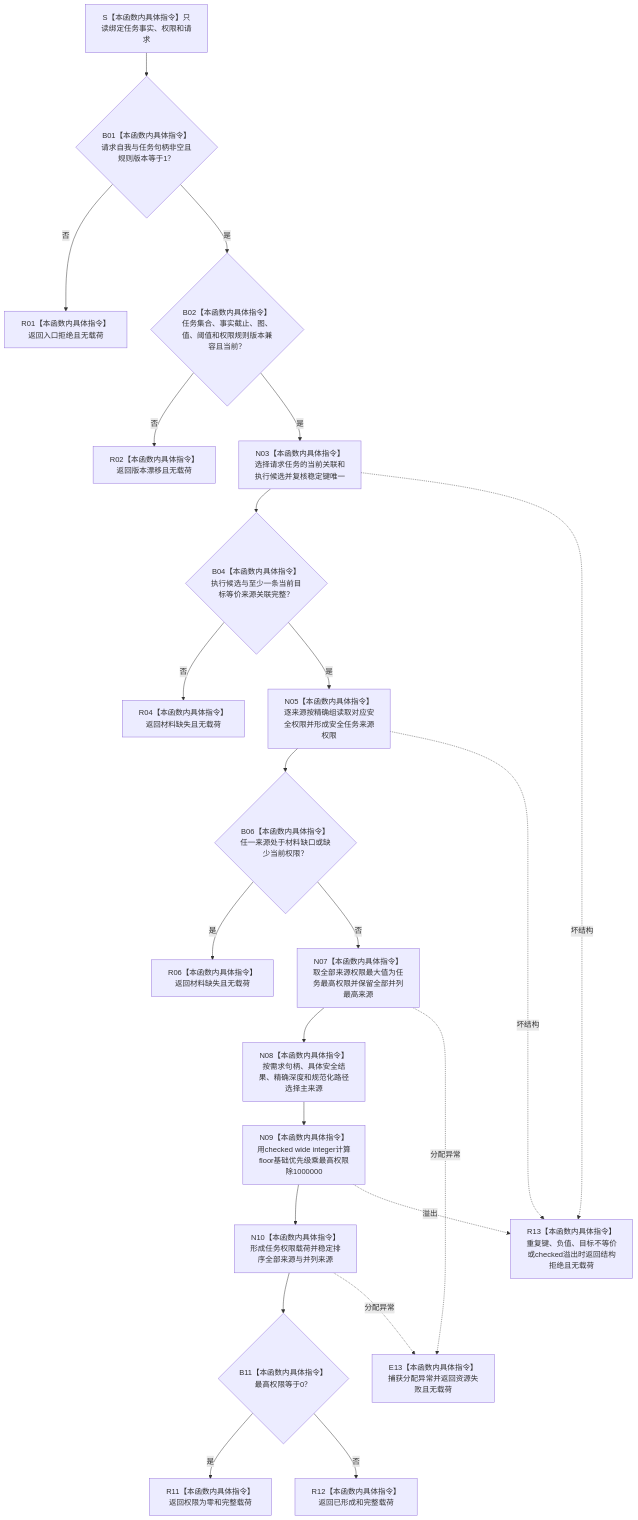
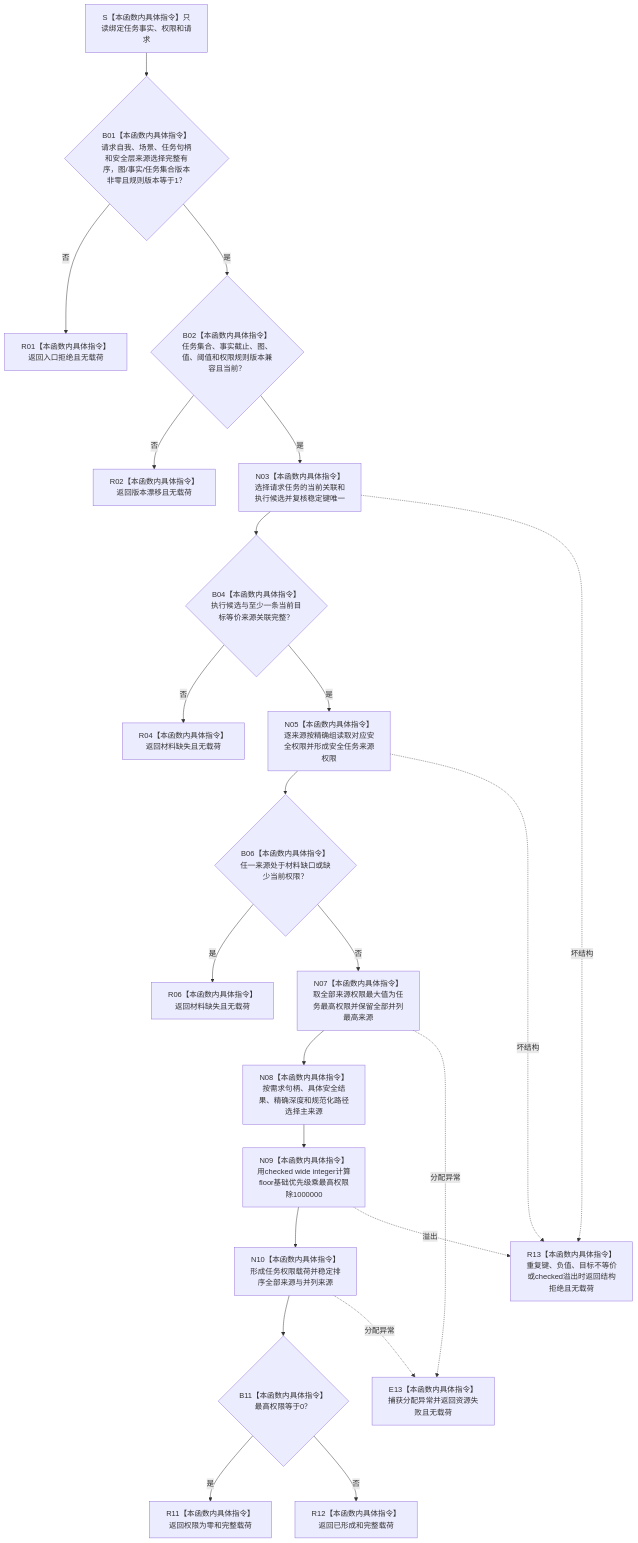
One commit to chunhaizh-cyber/HY-Ego changed the diagram in 流程图/20260729_SAFETY-P1_F-S105_计算单任务安全权限单函数施工流程图_v0.1.md. Above: the diagram before and after it, drawn with Mermaid. The commit also changed other lines of this file and 15 other files, not shown here.

````diff
--- a/流程图/20260729_SAFETY-P1_F-S105_计算单任务安全权限单函数施工流程图_v0.1.md
+++ b/流程图/20260729_SAFETY-P1_F-S105_计算单任务安全权限单函数施工流程图_v0.1.md
@@ -24,40 +24,40 @@
 ```mermaid
 flowchart TD
     S["S【本函数内具体指令】只读绑定任务事实、权限和请求"]
-    B01{"B01【本函数内具体指令】请求自我与任务句柄非空且规则版本等于1？"}
+    B01{"B01【本函数内具体指令】请求自我、场景、任务句柄和安全层来源选择完整有序，图/事实/任务集合版本非零且规则版本等于1？"}
     R01["R01【本函数内具体指令】返回入口拒绝且无载荷"]
     B02{"B02【本函数内具体指令】任务集合、事实截止、图、值、阈值和权限规则版本兼容且当前？"}
     R02["R02【本函数内具体指令】返回版本漂移且无载荷"]
     N03["N03【本函数内具体指令】选择请求任务的当前关联和执行候选并复核稳定键唯一"]
     B04{"B04【本函数内具体指令】执行候选与至少一条当前目标等价来源关联完整？"}
     R04["R04【本函数内具体指令】返回材料缺失且无载荷"]
     N05["N05【本函数内具体指令】逐来源按精确组读取对应安全权限并形成安全任务来源权限"]
     B06{"B06【本函数内具体指令】任一来源处于材料缺口或缺少当前权限？"}
     R06["R06【本函数内具体指令】返回材料缺失且无载荷"]
     N07["N07【本函数内具体指令】取全部来源权限最大值为任务最高权限并保留全部并列最高来源"]
     N08["N08【本函数内具体指令】按需求句柄、具体安全结果、精确深度和规范化路径选择主来源"]
     N09["N09【本函数内具体指令】用checked wide integer计算floor基础优先级乘最高权限除1000000"]
     N10["N10【本函数内具体指令】形成任务权限载荷并稳定排序全部来源与并列来源"]
     B11{"B11【本函数内具体指令】最高权限等于0？"}
     R11["R11【本函数内具体指令】返回权限为零和完整载荷"]
     R12["R12【本函数内具体指令】返回已形成和完整载荷"]
     E13["E13【本函数内具体指令】捕获分配异常并返回资源失败且无载荷"]
     R13["R13【本函数内具体指令】重复键、负值、目标不等价或checked溢出时返回结构拒绝且无载荷"]
 
     S --> B01
     B01 -- "否" --> R01
     B01 -- "是" --> B02
     B02 -- "否" --> R02
     B02 -- "是" --> N03 --> B04
     B04 -- "否" --> R04
     B04 -- "是" --> N05 --> B06
     B06 -- "是" --> R06
     B06 -- "否" --> N07 --> N08 --> N09 --> N10 --> B11
     B11 -- "是" --> R11
     B11 -- "否" --> R12
     N03 -. "坏结构" .-> R13
     N05 -. "坏结构" .-> R13
     N09 -. "溢出" .-> R13
     N07 -. "分配异常" .-> E13
     N10 -. "分配异常" .-> E13
 ```
````
